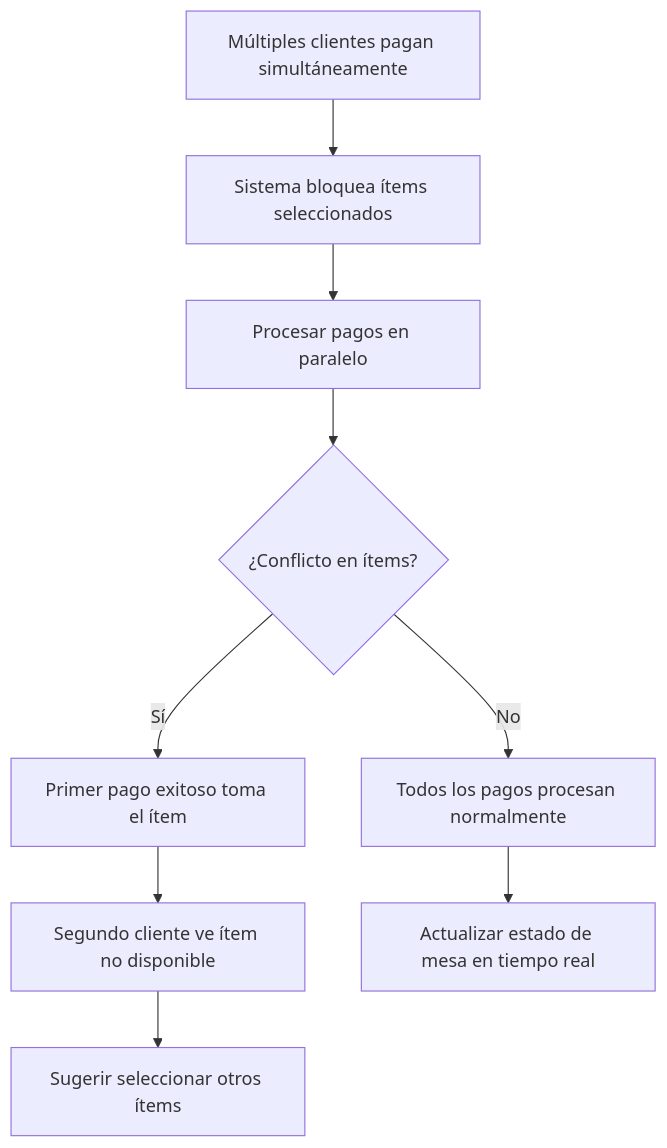
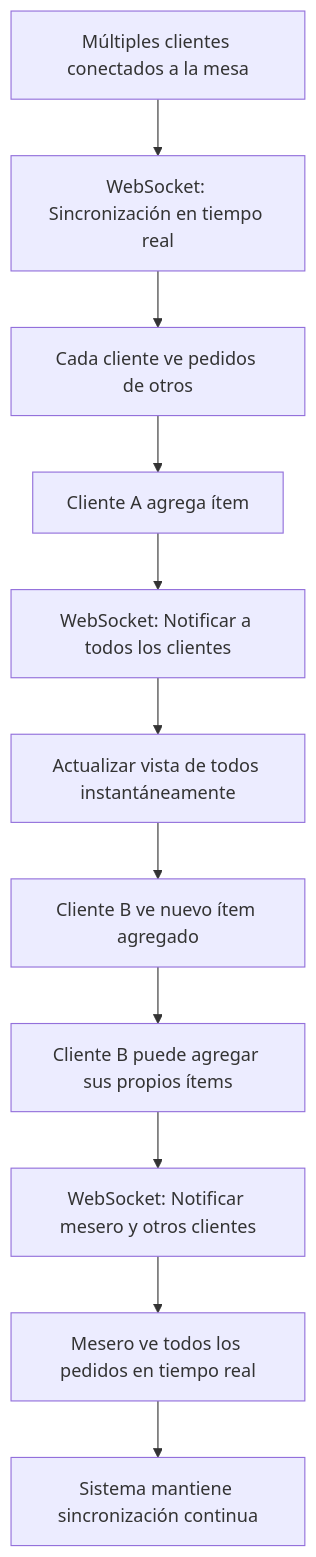
The ninth of 12 diagrams in bouquet/.trae/documents/user-flows.md (dvillagrans/Bouquet), drawn with Mermaid before and after one commit. The commit also changed other lines of this file and 7 other files, not shown here.

````diff
--- a/bouquet/.trae/documents/user-flows.md
+++ b/bouquet/.trae/documents/user-flows.md
@@ -262,11 +320,13 @@
 ```mermaid
 flowchart TD
-    A[Múltiples clientes pagan simultáneamente] --> B[Sistema bloquea ítems seleccionados]
-    B --> C[Procesar pagos en paralelo]
-    C --> D{¿Conflicto en ítems?}
-    D -->|Sí| E[Primer pago exitoso toma el ítem]
-    D -->|No| F[Todos los pagos procesan normalmente]
-    E --> G[Segundo cliente ve ítem no disponible]
-    G --> H[Sugerir seleccionar otros ítems]
-    F --> I[Actualizar estado de mesa en tiempo real]
+    A[Múltiples clientes conectados a la mesa] --> B[WebSocket: Sincronización en tiempo real]
+    B --> C[Cada cliente ve pedidos de otros]
+    C --> D[Cliente A agrega ítem]
+    D --> E[WebSocket: Notificar a todos los clientes]
+    E --> F[Actualizar vista de todos instantáneamente]
+    F --> G[Cliente B ve nuevo ítem agregado]
+    G --> H[Cliente B puede agregar sus propios ítems]
+    H --> I[WebSocket: Notificar mesero y otros clientes]
+    I --> J[Mesero ve todos los pedidos en tiempo real]
+    J --> K[Sistema mantiene sincronización continua]
 ```
````
